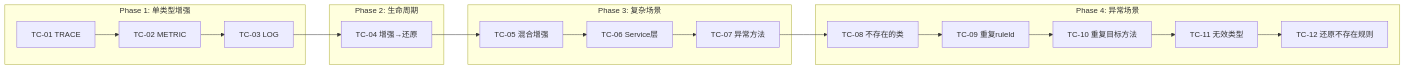
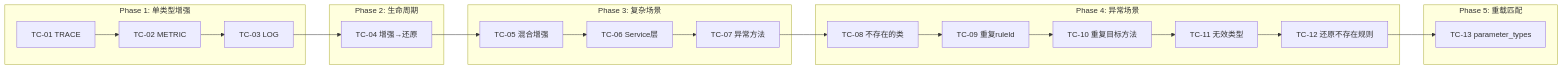
One commit to junjiewwang/opentelemetry-java changed the second of 2 diagrams in sdk-extensions/controlplane/docs/dynamic-instrumentation-test-cases.md. Above: the diagram before and after it, drawn with Mermaid. The commit also changed other lines of this file and 3 other files, not shown here.

````diff
--- a/sdk-extensions/controlplane/docs/dynamic-instrumentation-test-cases.md
+++ b/sdk-extensions/controlplane/docs/dynamic-instrumentation-test-cases.md
@@ -467,25 +522,29 @@
 ```mermaid
 graph LR
     subgraph "Phase 1: 单类型增强"
         TC01[TC-01 TRACE] --> TC02[TC-02 METRIC]
         TC02 --> TC03[TC-03 LOG]
     end
 
     subgraph "Phase 2: 生命周期"
         TC03 --> TC04[TC-04 增强→还原]
     end
 
     subgraph "Phase 3: 复杂场景"
         TC04 --> TC05[TC-05 混合增强]
         TC05 --> TC06[TC-06 Service层]
         TC06 --> TC07[TC-07 异常方法]
     end
 
     subgraph "Phase 4: 异常场景"
         TC07 --> TC08[TC-08 不存在的类]
         TC08 --> TC09[TC-09 重复ruleId]
         TC09 --> TC10[TC-10 重复目标方法]
         TC10 --> TC11[TC-11 无效类型]
         TC11 --> TC12[TC-12 还原不存在规则]
     end
+
+    subgraph "Phase 5: 重载匹配"
+        TC12 --> TC13[TC-13 parameter_types]
+    end
 ```
````
